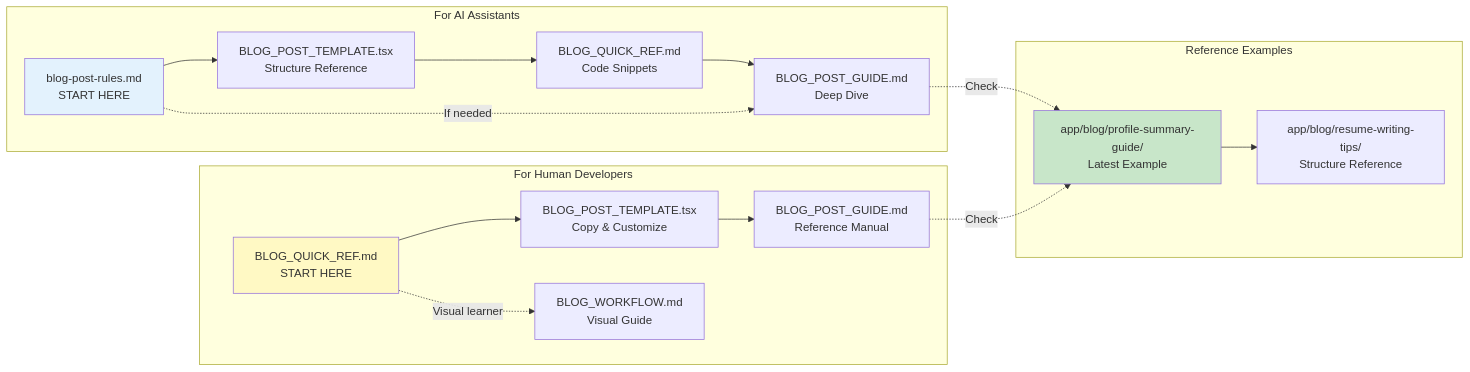
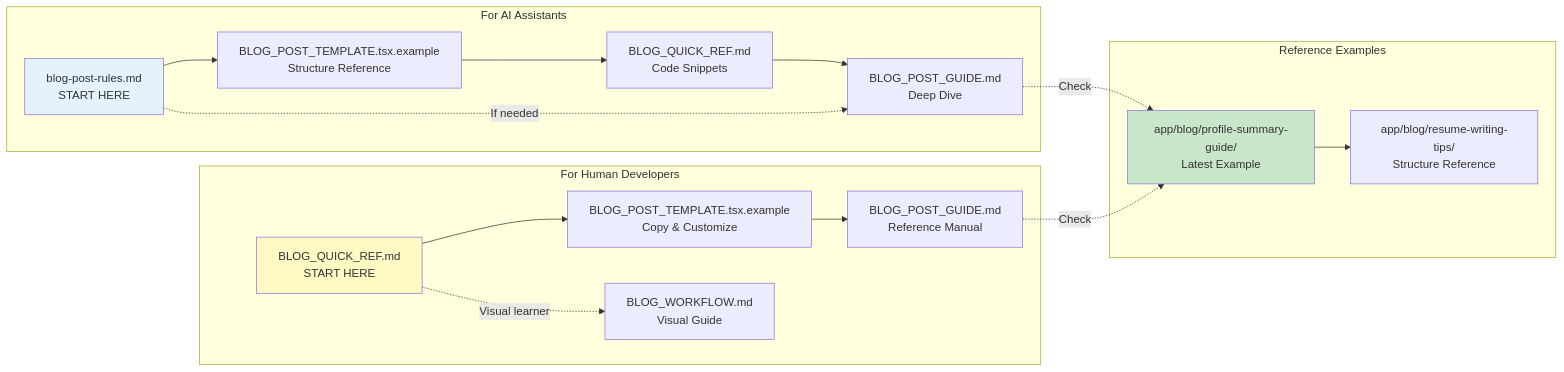
The fifth of 9 diagrams in BLOG_WORKFLOW.md (jakwakwa/cv-ai-parser), drawn with Mermaid before and after one commit. The commit also changed other lines of this file and 5 other files, not shown here.

Commit message:
Rename template to .tsx.example and update docs

````diff
--- a/BLOG_WORKFLOW.md
+++ b/BLOG_WORKFLOW.md
@@ -202,38 +202,38 @@
 ```mermaid
 flowchart LR
     subgraph "For AI Assistants"
         AI1[blog-post-rules.md<br/>START HERE]
-        AI2[BLOG_POST_TEMPLATE.tsx<br/>Structure Reference]
+        AI2[BLOG_POST_TEMPLATE.tsx.example<br/>Structure Reference]
         AI3[BLOG_QUICK_REF.md<br/>Code Snippets]
         AI4[BLOG_POST_GUIDE.md<br/>Deep Dive]
     end
     
     subgraph "For Human Developers"
         H1[BLOG_QUICK_REF.md<br/>START HERE]
-        H2[BLOG_POST_TEMPLATE.tsx<br/>Copy & Customize]
+        H2[BLOG_POST_TEMPLATE.tsx.example<br/>Copy & Customize]
         H3[BLOG_POST_GUIDE.md<br/>Reference Manual]
         H4[BLOG_WORKFLOW.md<br/>Visual Guide]
     end
     
     subgraph "Reference Examples"
         E1[app/blog/profile-summary-guide/<br/>Latest Example]
         E2[app/blog/resume-writing-tips/<br/>Structure Reference]
     end
     
     AI1 --> AI2
     AI2 --> AI3
     AI3 --> AI4
     AI1 -.->|If needed| AI4
     
     H1 --> H2
     H2 --> H3
     H1 -.->|Visual learner| H4
     
     AI4 -.->|Check| E1
     H3 -.->|Check| E1
     E1 --> E2
     
     style AI1 fill:#e3f2fd
     style H1 fill:#fff9c4
     style E1 fill:#c8e6c9
 ```
````
